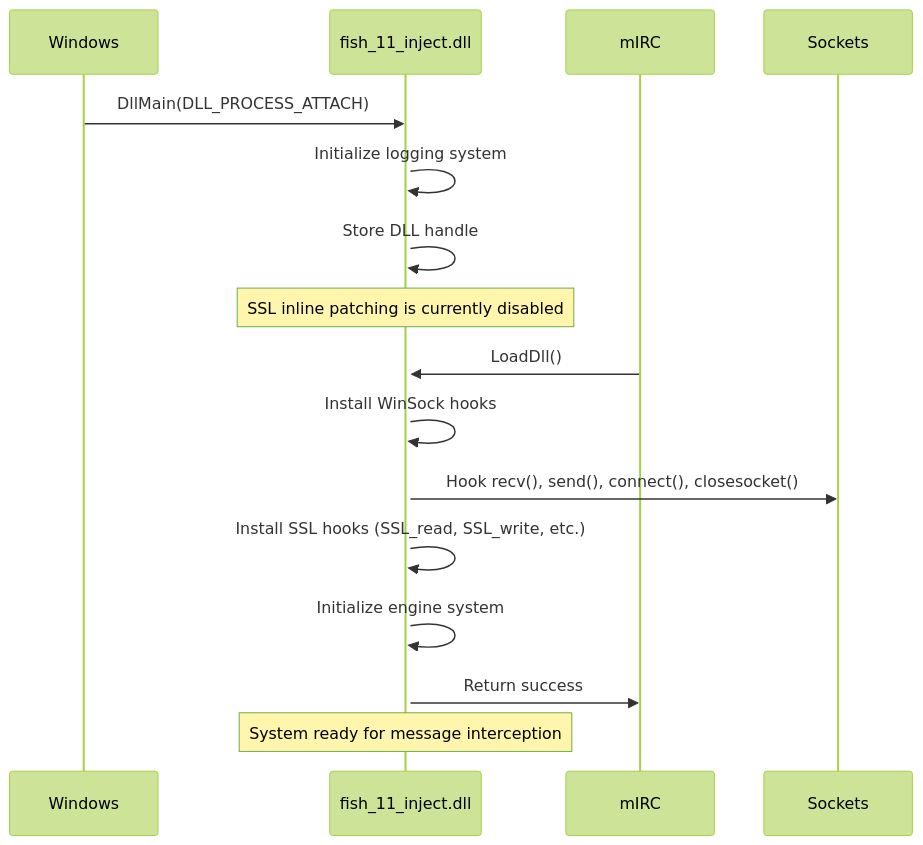
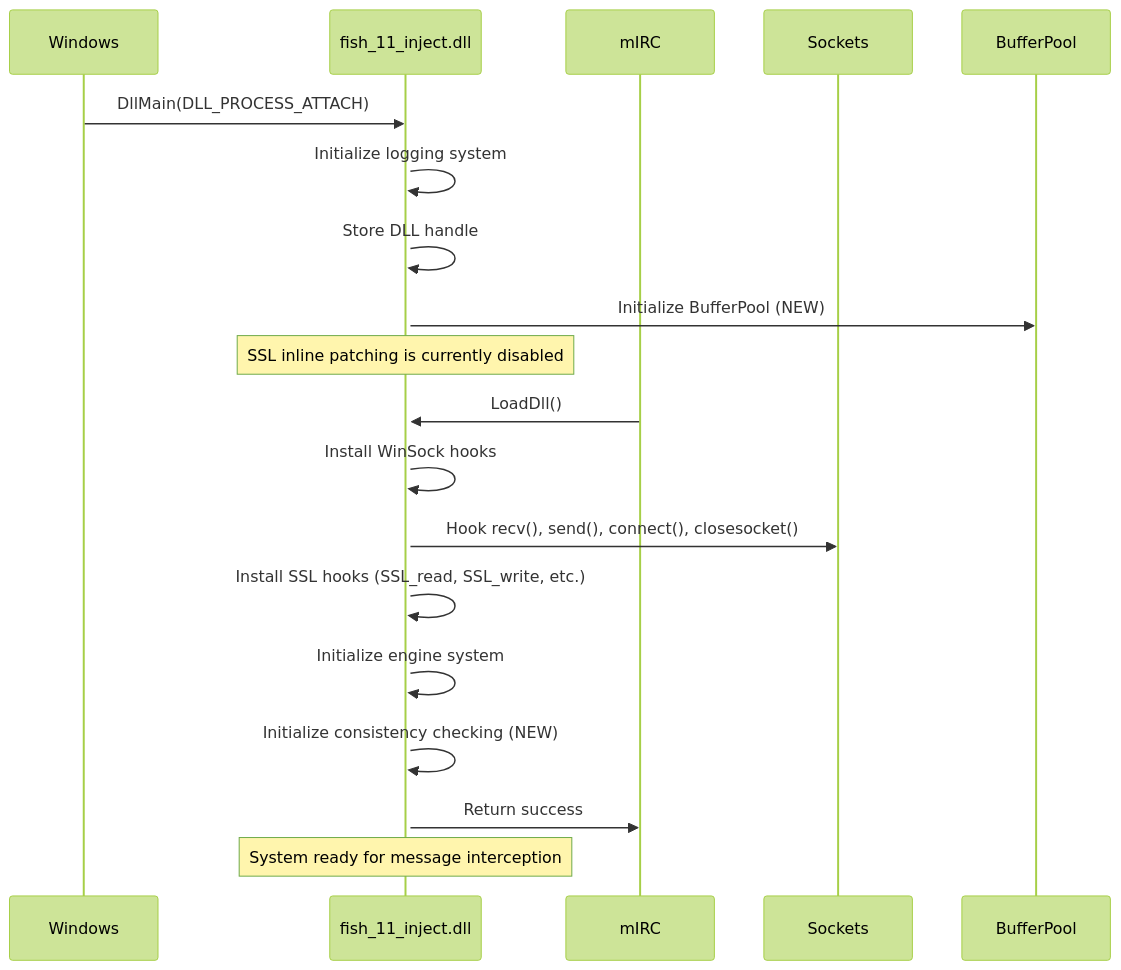
The third of 5 diagrams in fish_11_inject/README.md (tsautier/fish_11), drawn with Mermaid (forest theme) before and after one commit. The commit also changed other lines of this file and 68 other files, not shown here.

````diff
--- a/fish_11_inject/README.md
+++ b/fish_11_inject/README.md
@@ -130,22 +151,25 @@
 ```mermaid
 sequenceDiagram
     participant W as Windows
     participant D as fish_11_inject.dll
     participant M as mIRC
     participant S as Sockets
+    participant B as BufferPool
     
     W->>D: DllMain(DLL_PROCESS_ATTACH)
     activate D
     D->>D: Initialize logging system
     D->>D: Store DLL handle
+    D->>B: Initialize BufferPool (NEW)
     Note over D: SSL inline patching is currently disabled
     
     M->>D: LoadDll()
     D->>D: Install WinSock hooks
     D->>S: Hook recv(), send(), connect(), closesocket()
     D->>D: Install SSL hooks (SSL_read, SSL_write, etc.)
     D->>D: Initialize engine system
+    D->>D: Initialize consistency checking (NEW)
     D->>M: Return success
     
     Note over D: System ready for message interception
 ```
````
